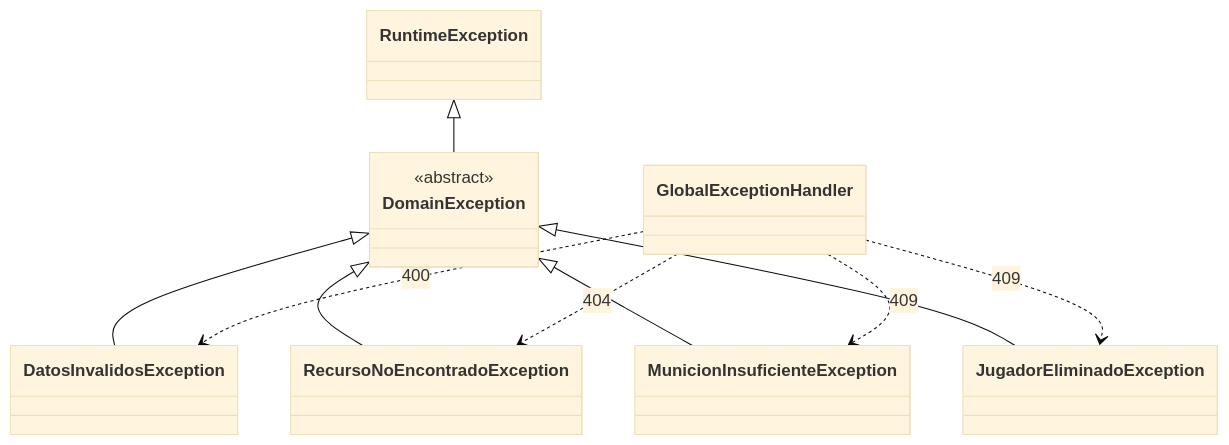
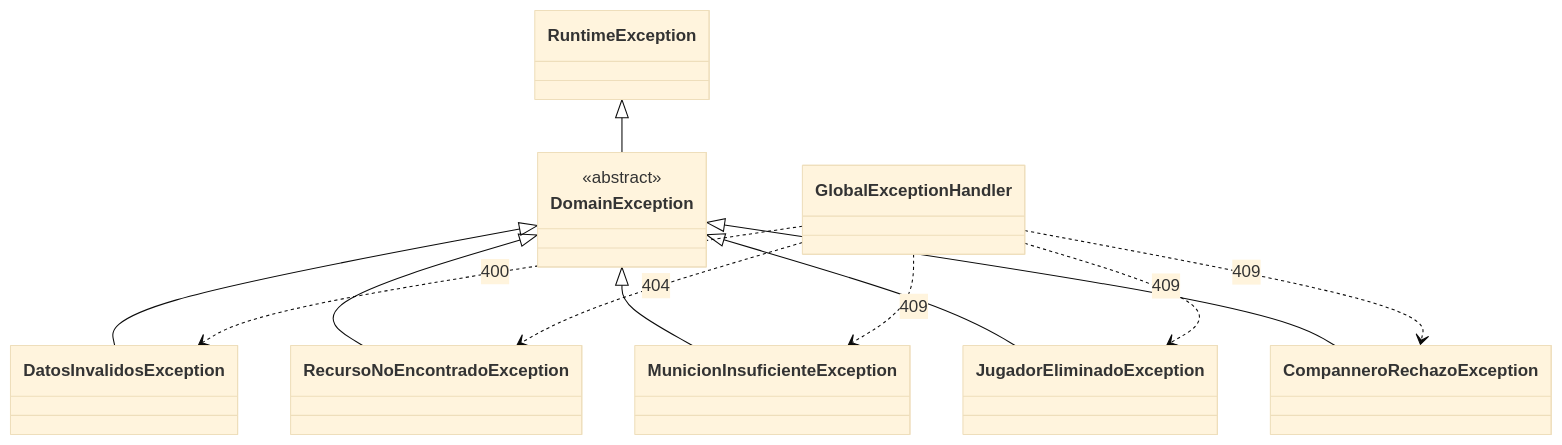
One commit to MigueMedina/mmedina-tplp3-2026 changed the second of 2 diagrams in README.md. Above: the diagram before and after it, drawn with Mermaid (base theme). The commit also changed other lines of this file and 9 other files, not shown here.

````diff
--- a/README.md
+++ b/README.md
@@ -619,21 +798,24 @@
 ```mermaid
 classDiagram
     class DomainException {
         <<abstract>>
     }
     class DatosInvalidosException
     class RecursoNoEncontradoException
     class MunicionInsuficienteException
     class JugadorEliminadoException
+    class CompanneroRechazoException
     class GlobalExceptionHandler
 
     RuntimeException <|-- DomainException
     DomainException <|-- DatosInvalidosException
     DomainException <|-- RecursoNoEncontradoException
     DomainException <|-- MunicionInsuficienteException
     DomainException <|-- JugadorEliminadoException
+    DomainException <|-- CompanneroRechazoException
     GlobalExceptionHandler ..> DatosInvalidosException : 400
     GlobalExceptionHandler ..> RecursoNoEncontradoException : 404
     GlobalExceptionHandler ..> MunicionInsuficienteException : 409
     GlobalExceptionHandler ..> JugadorEliminadoException : 409
+    GlobalExceptionHandler ..> CompanneroRechazoException : 409
 ```
````
